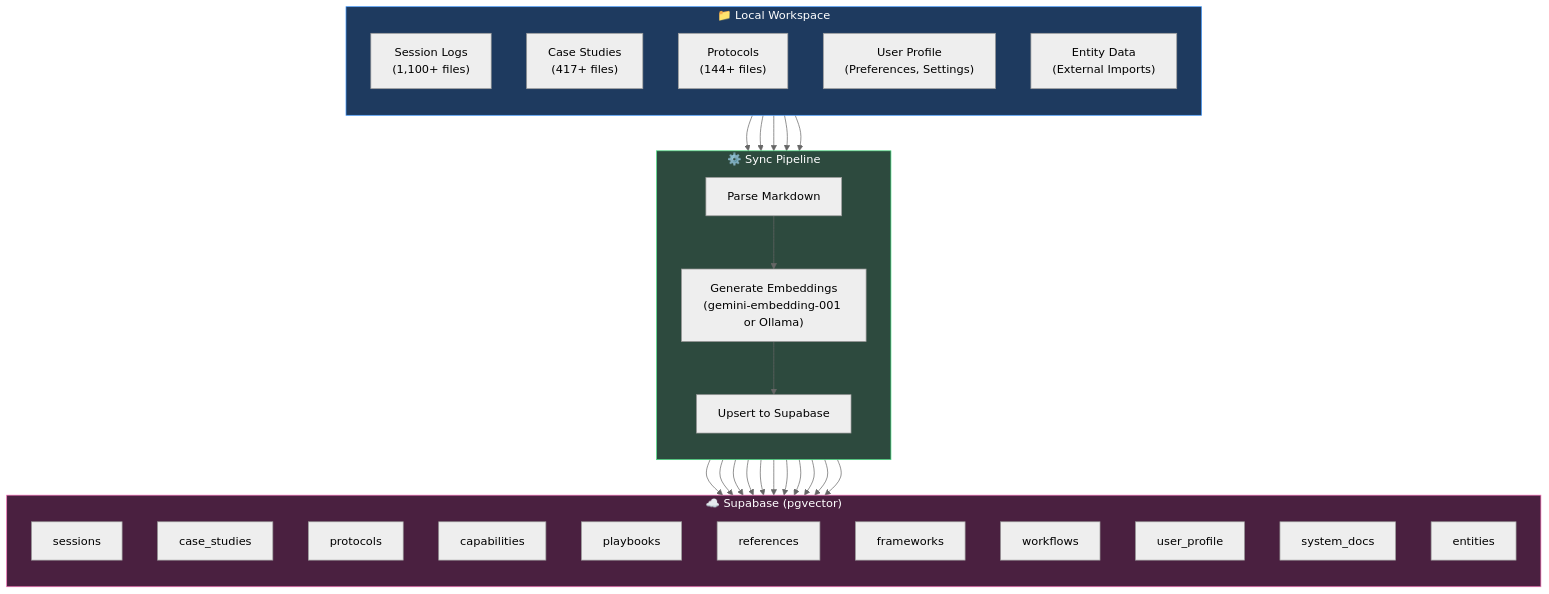
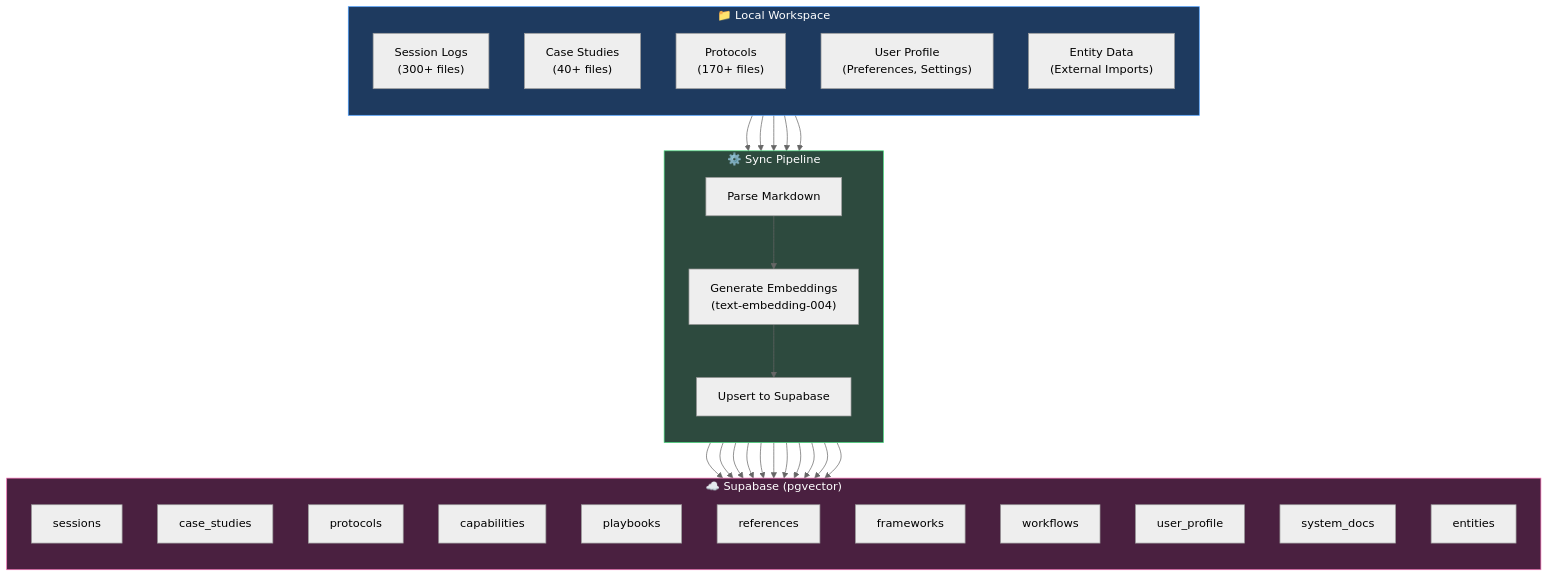
Before and after one commit to agent-memory-atlas-archive/winstonkoh87--Athena-Public: the first of 3 diagrams in docs/VECTORRAG.md, drawn with Mermaid (neutral theme). The commit also changed other lines of this file and 58 other files, not shown here.

````diff
--- a/docs/VECTORRAG.md
+++ b/docs/VECTORRAG.md
@@ -40,47 +43,47 @@
 ```mermaid
 flowchart TB
     subgraph LOCAL["📁 Local Workspace"]
         direction TB
-        SESSIONS["Session Logs<br/>(1,100+ files)"]
-        CASES["Case Studies<br/>(417+ files)"]
-        PROTOCOLS["Protocols<br/>(144+ files)"]
+        SESSIONS["Session Logs<br/>(300+ files)"]
+        CASES["Case Studies<br/>(40+ files)"]
+        PROTOCOLS["Protocols<br/>(170+ files)"]
         PROFILE["User Profile<br/>(Preferences, Settings)"]
         ENTITIES["Entity Data<br/>(External Imports)"]
     end
     
     subgraph SYNC["⚙️ Sync Pipeline"]
         direction TB
         PARSE["Parse Markdown"]
-        EMBED["Generate Embeddings<br/>(gemini-embedding-001 or Ollama)"]
+        EMBED["Generate Embeddings<br/>(text-embedding-004)"]
         UPLOAD["Upsert to Supabase"]
     end
     
     subgraph CLOUD["☁️ Supabase (pgvector)"]
         direction TB
         T1["sessions"]
         T2["case_studies"]
         T3["protocols"]
         T4["capabilities"]
         T5["playbooks"]
         T6["references"]
         T7["frameworks"]
         T8["workflows"]
         T9["user_profile"]
         T10["system_docs"]
         T11["entities"]
     end
     
     SESSIONS --> PARSE
     CASES --> PARSE
     PROTOCOLS --> PARSE
     PROFILE --> PARSE
     ENTITIES --> PARSE
     
     PARSE --> EMBED
     EMBED --> UPLOAD
     UPLOAD --> T1 & T2 & T3 & T4 & T5 & T6 & T7 & T8 & T9 & T10 & T11
     
     style LOCAL fill:#1e3a5f,stroke:#4a9eff,color:#fff
     style SYNC fill:#2d4a3e,stroke:#4ade80,color:#fff
     style CLOUD fill:#4a2040,stroke:#f472b6,color:#fff
 ```
````
